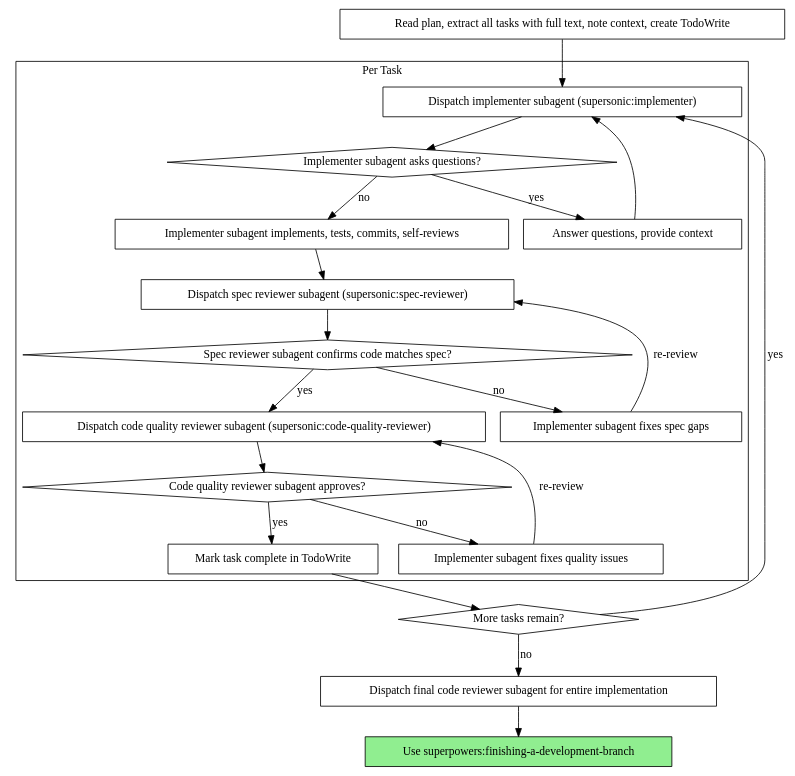
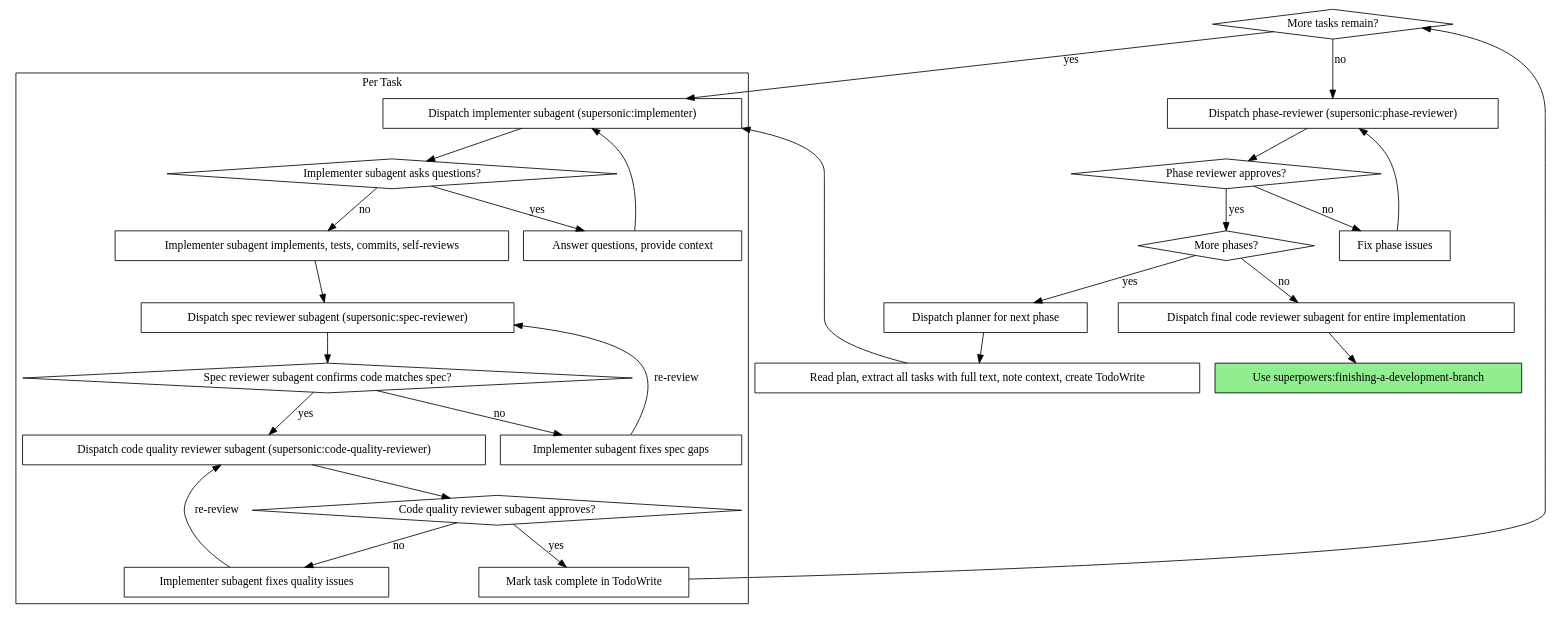
Before and after one commit to joshuabates/tina: the diagram in skills/executing-plans/SKILL.md, drawn with Graphviz. The commit also changed other lines of this file, not shown here.

First line of the commit message:
feat: add phase-reviewer invocation to executing-plans workflow

````diff
--- a/skills/executing-plans/SKILL.md
+++ b/skills/executing-plans/SKILL.md
@@ -20,44 +20,56 @@
 ```dot
 digraph process {
     rankdir=TB;
 
     subgraph cluster_per_task {
         label="Per Task";
         "Dispatch implementer subagent (supersonic:implementer)" [shape=box];
         "Implementer subagent asks questions?" [shape=diamond];
         "Answer questions, provide context" [shape=box];
         "Implementer subagent implements, tests, commits, self-reviews" [shape=box];
         "Dispatch spec reviewer subagent (supersonic:spec-reviewer)" [shape=box];
         "Spec reviewer subagent confirms code matches spec?" [shape=diamond];
         "Implementer subagent fixes spec gaps" [shape=box];
         "Dispatch code quality reviewer subagent (supersonic:code-quality-reviewer)" [shape=box];
         "Code quality reviewer subagent approves?" [shape=diamond];
         "Implementer subagent fixes quality issues" [shape=box];
         "Mark task complete in TodoWrite" [shape=box];
     }
 
     "Read plan, extract all tasks with full text, note context, create TodoWrite" [shape=box];
     "More tasks remain?" [shape=diamond];
+    "Dispatch phase-reviewer (supersonic:phase-reviewer)" [shape=box];
+    "Phase reviewer approves?" [shape=diamond];
+    "Fix phase issues" [shape=box];
+    "More phases?" [shape=diamond];
+    "Dispatch planner for next phase" [shape=box];
     "Dispatch final code reviewer subagent for entire implementation" [shape=box];
     "Use superpowers:finishing-a-development-branch" [shape=box style=filled fillcolor=lightgreen];
 
     "Read plan, extract all tasks with full text, note context, create TodoWrite" -> "Dispatch implementer subagent (supersonic:implementer)";
     "Dispatch implementer subagent (supersonic:implementer)" -> "Implementer subagent asks questions?";
     "Implementer subagent asks questions?" -> "Answer questions, provide context" [label="yes"];
     "Answer questions, provide context" -> "Dispatch implementer subagent (supersonic:implementer)";
     "Implementer subagent asks questions?" -> "Implementer subagent implements, tests, commits, self-reviews" [label="no"];
     "Implementer subagent implements, tests, commits, self-reviews" -> "Dispatch spec reviewer subagent (supersonic:spec-reviewer)";
     "Dispatch spec reviewer subagent (supersonic:spec-reviewer)" -> "Spec reviewer subagent confirms code matches spec?";
     "Spec reviewer subagent confirms code matches spec?" -> "Implementer subagent fixes spec gaps" [label="no"];
     "Implementer subagent fixes spec gaps" -> "Dispatch spec reviewer subagent (supersonic:spec-reviewer)" [label="re-review"];
     "Spec reviewer subagent confirms code matches spec?" -> "Dispatch code quality reviewer subagent (supersonic:code-quality-reviewer)" [label="yes"];
     "Dispatch code quality reviewer subagent (supersonic:code-quality-reviewer)" -> "Code quality reviewer subagent approves?";
     "Code quality reviewer subagent approves?" -> "Implementer subagent fixes quality issues" [label="no"];
     "Implementer subagent fixes quality issues" -> "Dispatch code quality reviewer subagent (supersonic:code-quality-reviewer)" [label="re-review"];
     "Code quality reviewer subagent approves?" -> "Mark task complete in TodoWrite" [label="yes"];
     "Mark task complete in TodoWrite" -> "More tasks remain?";
     "More tasks remain?" -> "Dispatch implementer subagent (supersonic:implementer)" [label="yes"];
-    "More tasks remain?" -> "Dispatch final code reviewer subagent for entire implementation" [label="no"];
+    "More tasks remain?" -> "Dispatch phase-reviewer (supersonic:phase-reviewer)" [label="no"];
+    "Dispatch phase-reviewer (supersonic:phase-reviewer)" -> "Phase reviewer approves?";
+    "Phase reviewer approves?" -> "Fix phase issues" [label="no"];
+    "Fix phase issues" -> "Dispatch phase-reviewer (supersonic:phase-reviewer)";
+    "Phase reviewer approves?" -> "More phases?" [label="yes"];
+    "More phases?" -> "Dispatch planner for next phase" [label="yes"];
+    "More phases?" -> "Dispatch final code reviewer subagent for entire implementation" [label="no"];
+    "Dispatch planner for next phase" -> "Read plan, extract all tasks with full text, note context, create TodoWrite";
     "Dispatch final code reviewer subagent for entire implementation" -> "Use superpowers:finishing-a-development-branch";
 }
 ```
````
